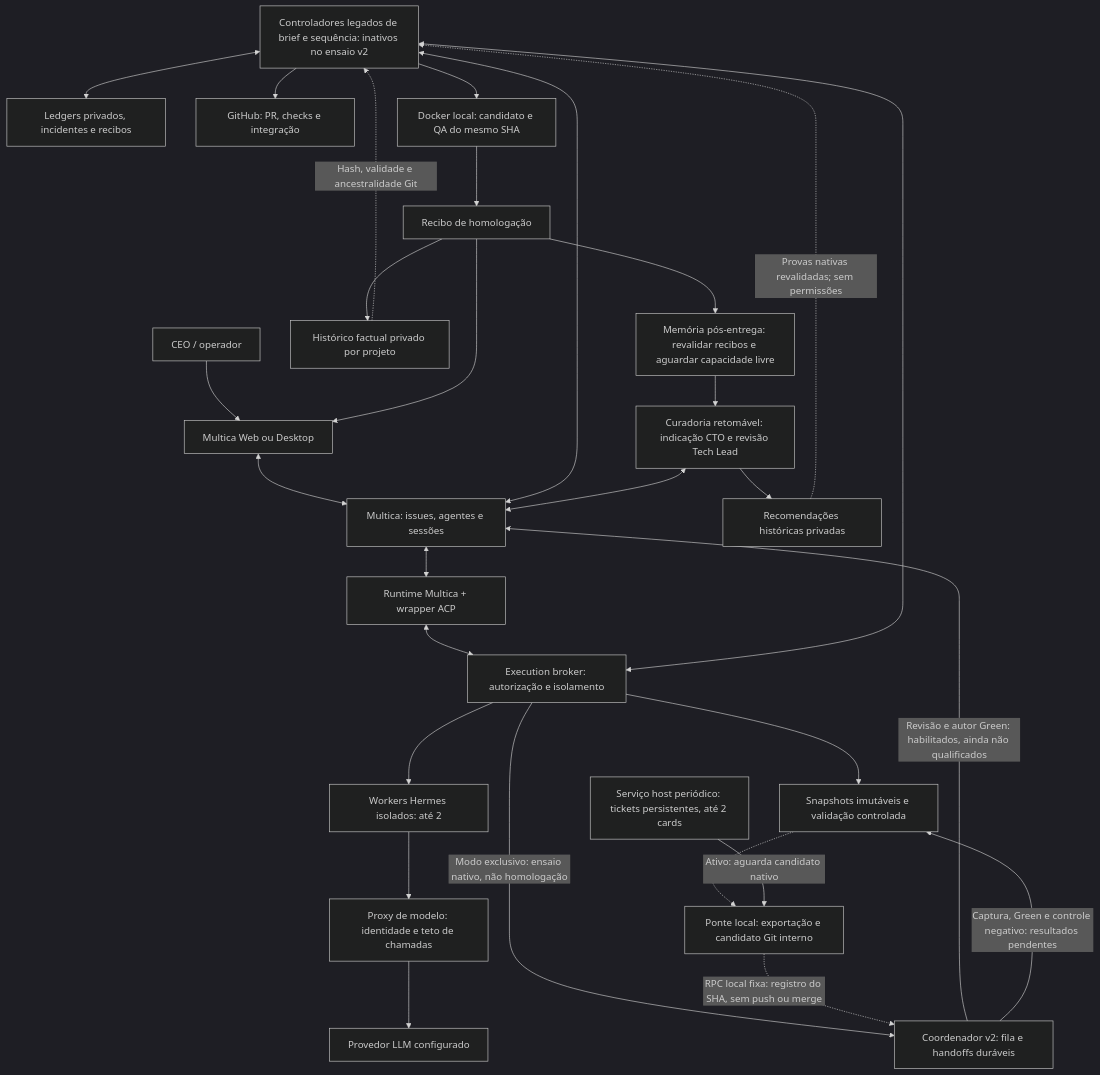
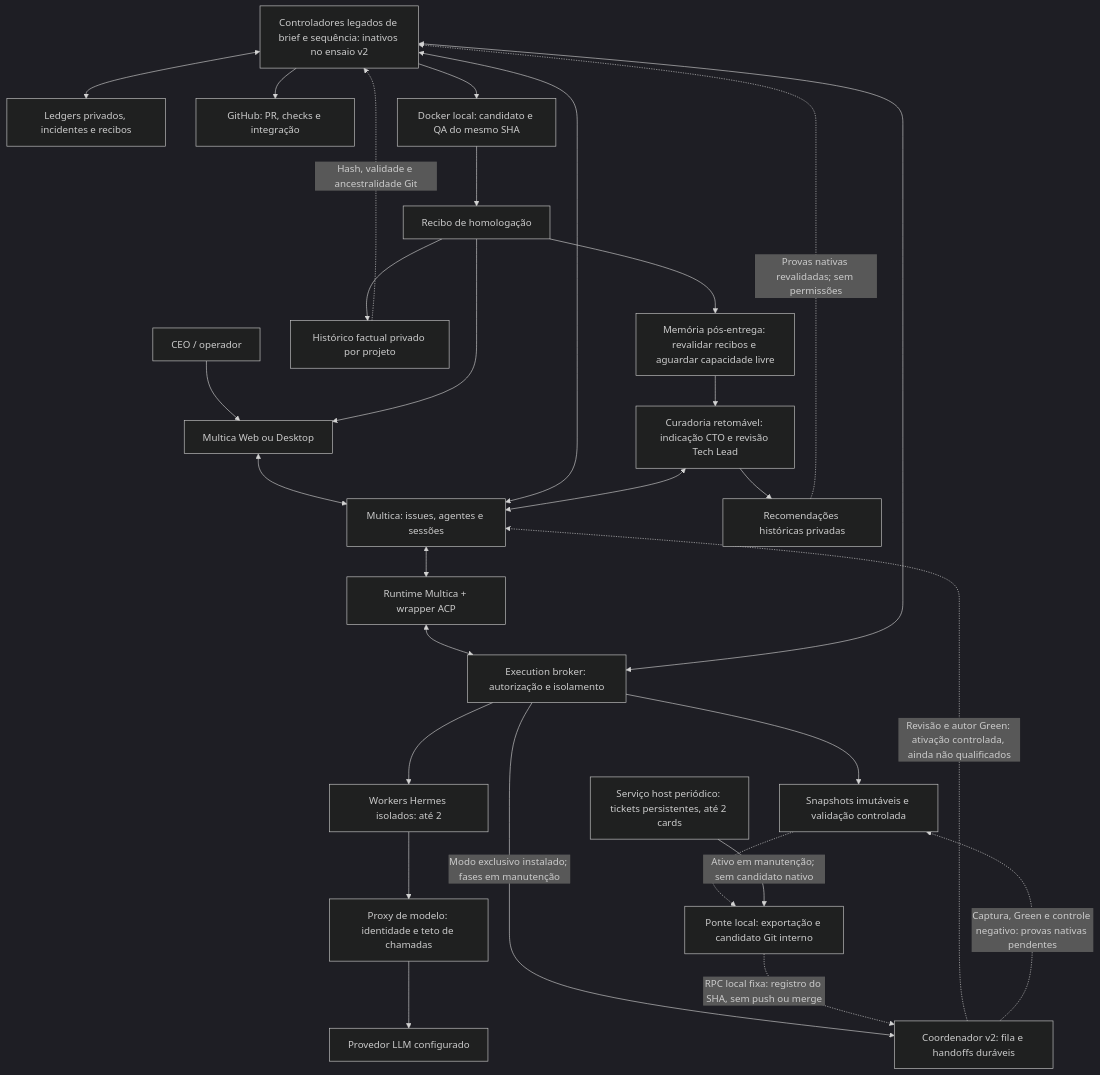
One commit to codifydeep/fabriquinha changed the first of 8 diagrams in README.md. Above: the diagram before and after it, drawn with Mermaid (dark theme). The commit also changed other lines of this file and 1 other file, not shown here.

````diff
--- a/README.md
+++ b/README.md
@@ -471,31 +475,31 @@
 ```mermaid
 flowchart TB
     CEO[CEO / operador] --> UI[Multica Web ou Desktop]
     UI <--> MC[Multica: issues, agentes e sessões]
     MC <--> RT[Runtime Multica + wrapper ACP]
     RT <--> B[Execution broker: autorização e isolamento]
     S[Controladores legados de brief e sequência: inativos no ensaio v2] <--> MC
     S <--> B
     S <--> L[Ledgers privados, incidentes e recibos]
     B --> W[Workers Hermes isolados: até 2]
     W --> P[Proxy de modelo: identidade e teto de chamadas]
     P --> M[Provedor LLM configurado]
     B --> E[Snapshots imutáveis e validação controlada]
-    B -->|Modo exclusivo: ensaio nativo, não homologação| V2[Coordenador v2: fila e handoffs duráveis]
-    V2 -->|Revisão e autor Green: habilitados, ainda não qualificados| MC
-    V2 -->|Captura, Green e controle negativo: resultados pendentes| E
+    B -->|Modo exclusivo instalado; fases em manutenção| V2[Coordenador v2: fila e handoffs duráveis]
+    V2 -.->|Revisão e autor Green: ativação controlada, ainda não qualificados| MC
+    V2 -.->|Captura, Green e controle negativo: provas nativas pendentes| E
     E -.-> GX[Ponte local: exportação e candidato Git interno]
     GX -.->|RPC local fixa: registro do SHA, sem push ou merge| V2
-    GD[Serviço host periódico: tickets persistentes, até 2 cards] -->|Ativo: aguarda candidato nativo| GX
+    GD[Serviço host periódico: tickets persistentes, até 2 cards] -->|Ativo em manutenção; sem candidato nativo| GX
     S --> GH[GitHub: PR, checks e integração]
     S --> QA[Docker local: candidato e QA do mesmo SHA]
     QA --> R[Recibo de homologação]
     R --> UI
     R --> HF[Histórico factual privado por projeto]
     HF -.->|Hash, validade e ancestralidade Git| S
     R --> MQ[Memória pós-entrega: revalidar recibos e aguardar capacidade livre]
     MQ --> C[Curadoria retomável: indicação CTO e revisão Tech Lead]
     C <--> MC
     C --> K[Recomendações históricas privadas]
     K -.->|Provas nativas revalidadas; sem permissões| S
 ```
````
